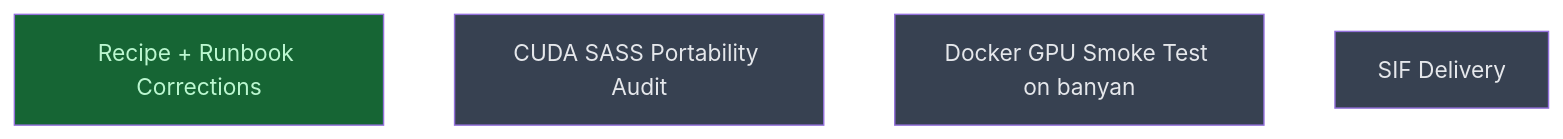
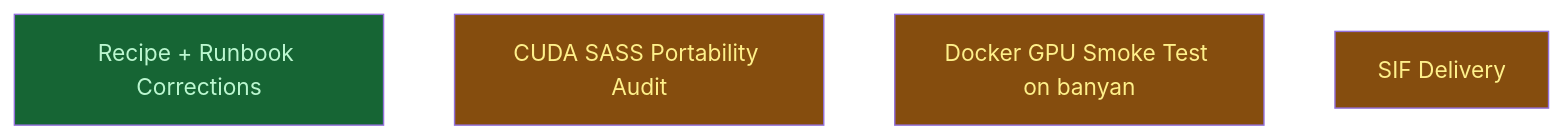
Before and after one commit to LittleCoinCoin/usd-bio: the diagram in __roadmap__/p53-mdm2-v2/p1b_container_runtime/README.md, drawn with Mermaid. The commit also changed other lines of this file and 8 other files, not shown here.

````diff
--- a/__roadmap__/p53-mdm2-v2/p1b_container_runtime/README.md
+++ b/__roadmap__/p53-mdm2-v2/p1b_container_runtime/README.md
@@ -39,12 +39,12 @@
 ```mermaid
 graph TD
     recipe_evidence_corrections[Recipe + Runbook Corrections]:::done
-    sass_portability_audit[CUDA SASS Portability Audit]:::planned
-    docker_gpu_smoke[Docker GPU Smoke Test on banyan]:::planned
-    sif_delivery[SIF Delivery]:::planned
+    sass_portability_audit[CUDA SASS Portability Audit]:::inprogress
+    docker_gpu_smoke[Docker GPU Smoke Test on banyan]:::inprogress
+    sif_delivery[SIF Delivery]:::inprogress
     classDef done       fill:#166534,color:#bbf7d0
     classDef inprogress fill:#854d0e,color:#fef08a
     classDef planned    fill:#374151,color:#e5e7eb
     classDef amendment  fill:#1e3a5f,color:#bfdbfe
     classDef blocked    fill:#7f1d1d,color:#fecaca
 ```
````
